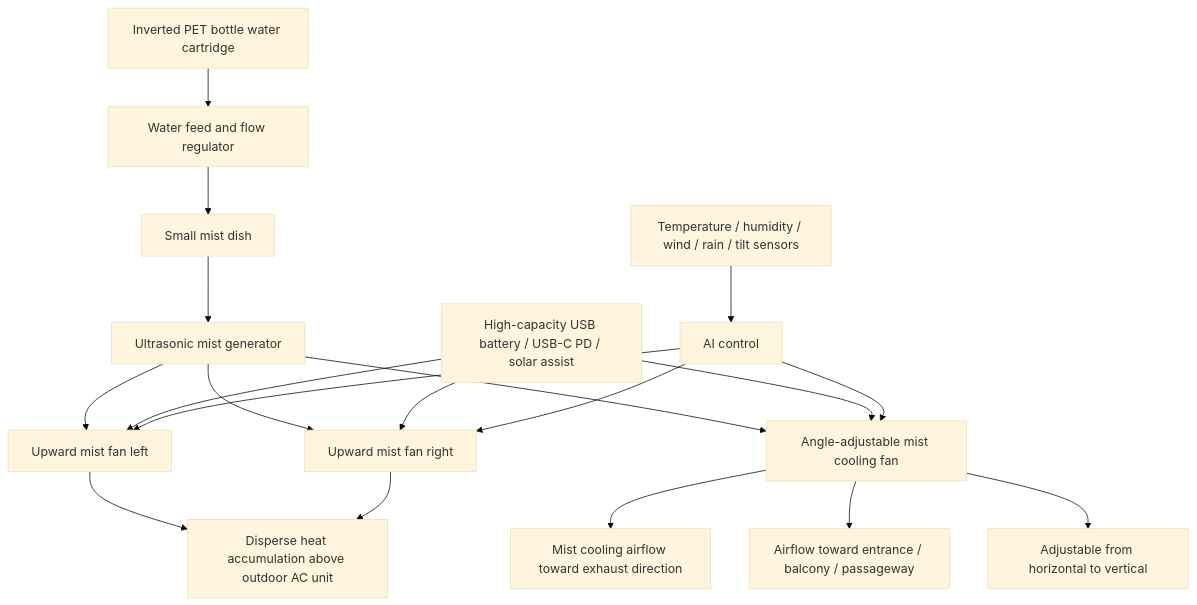
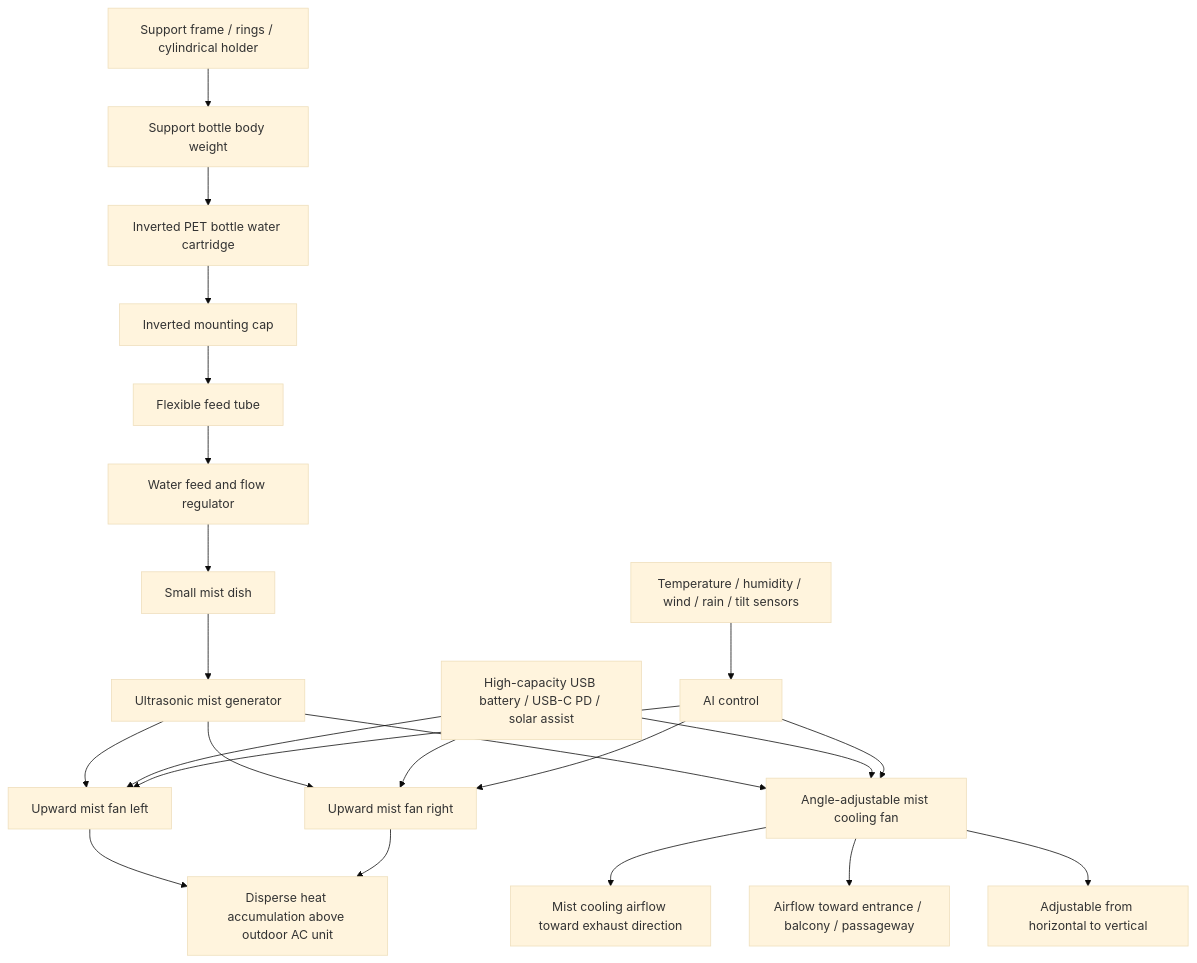
The diagram in docs/TRI_DIRECTIONAL_MIST_COOLING_STAND_AND_BOTTLE_CARTRIDGE.md (InchaComisho/Center-Mist-Ultrasonic-Cooling-Fan-Concept), drawn with Mermaid (base theme) before and after one commit. The commit also changed other lines of this file, not shown here.

Commit message:
Add bottle support frame and flexible tube structure in English

````diff
--- a/docs/TRI_DIRECTIONAL_MIST_COOLING_STAND_AND_BOTTLE_CARTRIDGE.md
+++ b/docs/TRI_DIRECTIONAL_MIST_COOLING_STAND_AND_BOTTLE_CARTRIDGE.md
@@ -113,26 +148,31 @@
 ```mermaid
 flowchart TD
-    A[Inverted PET bottle water cartridge] --> B[Water feed and flow regulator]
-    B --> C[Small mist dish]
-    C --> D[Ultrasonic mist generator]
+    A[Inverted PET bottle water cartridge] --> B[Inverted mounting cap]
+    B --> C[Flexible feed tube]
+    C --> D[Water feed and flow regulator]
+    D --> E[Small mist dish]
+    E --> F[Ultrasonic mist generator]
 
-    D --> E[Upward mist fan left]
-    D --> F[Upward mist fan right]
-    D --> G[Angle-adjustable mist cooling fan]
+    G[Support frame / rings / cylindrical holder] --> H[Support bottle body weight]
+    H --> A
 
-    E --> H[Disperse heat accumulation above outdoor AC unit]
-    F --> H
+    F --> I[Upward mist fan left]
+    F --> J[Upward mist fan right]
+    F --> K[Angle-adjustable mist cooling fan]
 
-    G --> I[Mist cooling airflow toward exhaust direction]
-    G --> J[Airflow toward entrance / balcony / passageway]
-    G --> K[Adjustable from horizontal to vertical]
+    I --> L[Disperse heat accumulation above outdoor AC unit]
+    J --> L
 
-    L[High-capacity USB battery / USB-C PD / solar assist] --> E
-    L --> F
-    L --> G
+    K --> M[Mist cooling airflow toward exhaust direction]
+    K --> N[Airflow toward entrance / balcony / passageway]
+    K --> O[Adjustable from horizontal to vertical]
 
-    M[Temperature / humidity / wind / rain / tilt sensors] --> N[AI control]
-    N --> E
-    N --> F
-    N --> G
+    P[High-capacity USB battery / USB-C PD / solar assist] --> I
+    P --> J
+    P --> K
+
+    Q[Temperature / humidity / wind / rain / tilt sensors] --> R[AI control]
+    R --> I
+    R --> J
+    R --> K
 ```
````
